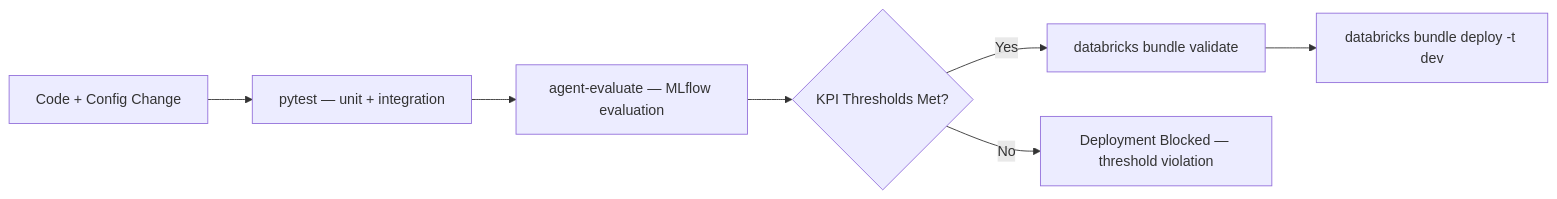
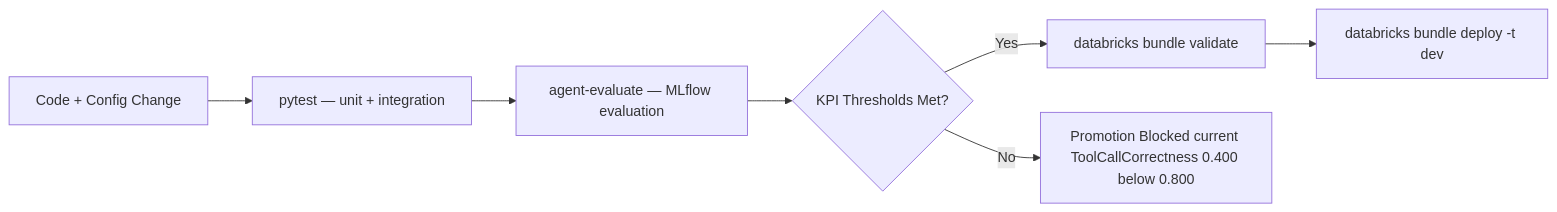
One commit to wchen-dea/Governed-Multi-Agent-Intelligence-on-Databricks changed the seventh of 7 diagrams in docs/architecture/design-artifacts/04-logical-detailed.md. Above: the diagram before and after it, drawn with Mermaid. The commit also changed 4 other files, not shown here.

````diff
--- a/docs/architecture/design-artifacts/04-logical-detailed.md
+++ b/docs/architecture/design-artifacts/04-logical-detailed.md
@@ -133,9 +133,9 @@
 ```mermaid
 flowchart LR
     Code[Code + Config Change] --> Test[pytest — unit + integration]
     Test --> Eval[agent-evaluate — MLflow evaluation]
     Eval --> KPI{KPI Thresholds Met?}
     KPI -- Yes --> Bundle[databricks bundle validate]
     Bundle --> Deploy[databricks bundle deploy -t dev]
-    KPI -- No --> Stop[Deployment Blocked — threshold violation]
+    KPI -- No --> Stop[Promotion Blocked current ToolCallCorrectness 0.400 below 0.800]
 ```
````
